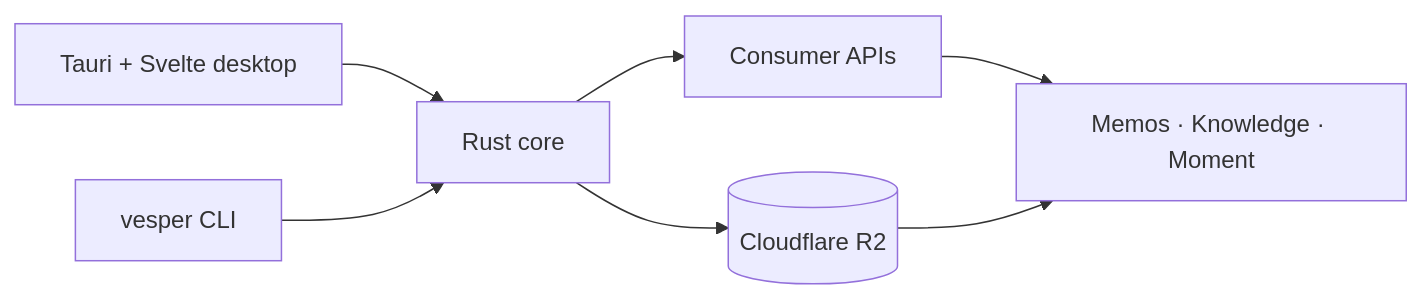
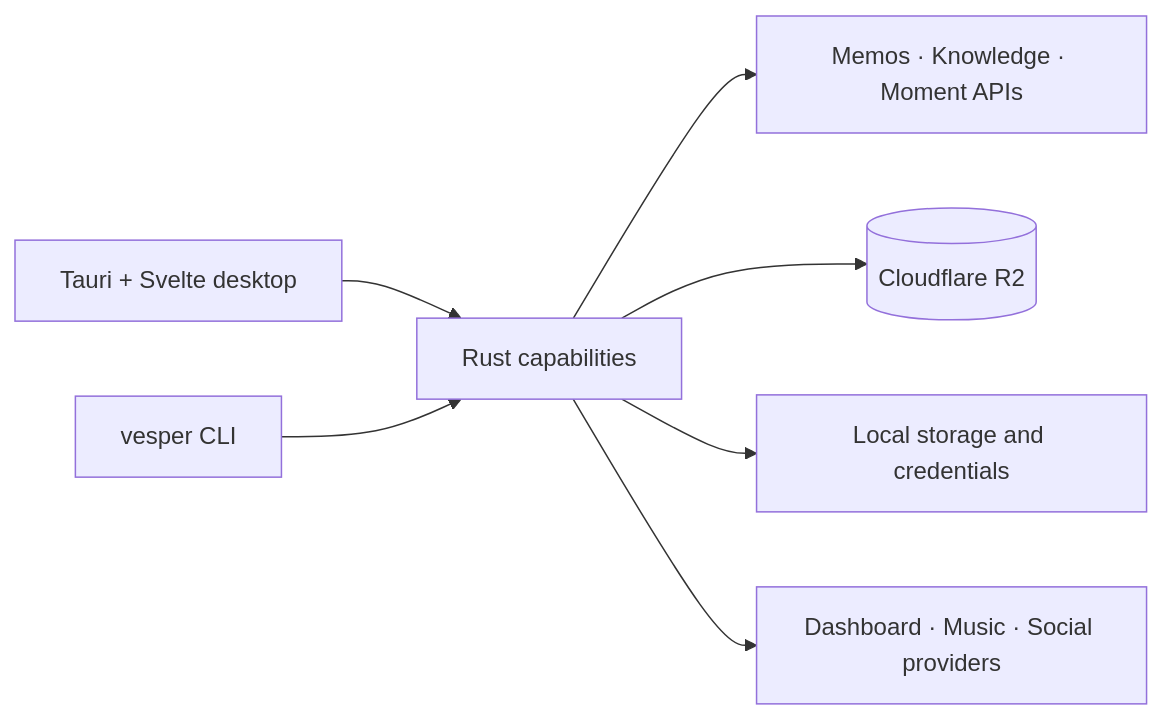
The diagram in README.md (Pleasurecruise/my-workspace), drawn with Mermaid before and after one commit. The commit also changed other lines of this file and 81 other files, not shown here.

Commit message:
feat: add music social and calendar workflows

````diff
--- a/README.md
+++ b/README.md
@@ -37,9 +38,9 @@
 ```mermaid
 flowchart LR
-    Desktop[Tauri + Svelte desktop] --> Core[Rust core]
-    CLI[vesper CLI] --> Core
-    Core --> APIs[Consumer APIs]
-    Core --> R2[(Cloudflare R2)]
-    APIs --> Services[Memos · Knowledge · Moment]
-    R2 --> Services
+    Desktop[Tauri + Svelte desktop] --> Rust[Rust capabilities]
+    CLI[vesper CLI] --> Rust
+    Rust --> APIs[Memos · Knowledge · Moment APIs]
+    Rust --> R2[(Cloudflare R2)]
+    Rust --> Local[Local storage and credentials]
+    Rust --> Providers[Dashboard · Music · Social providers]
 ```
````
